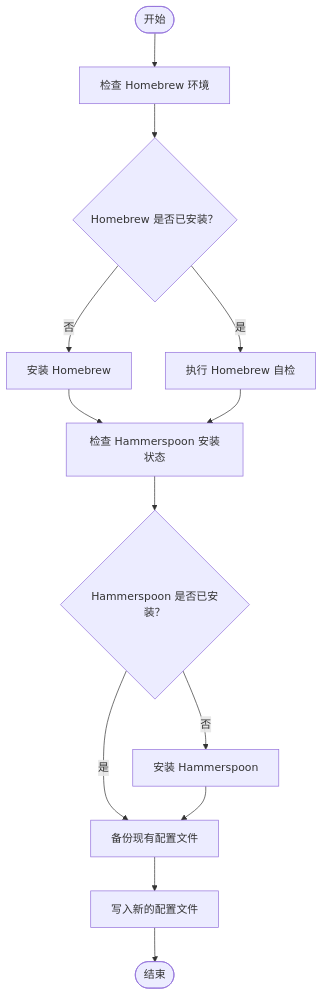
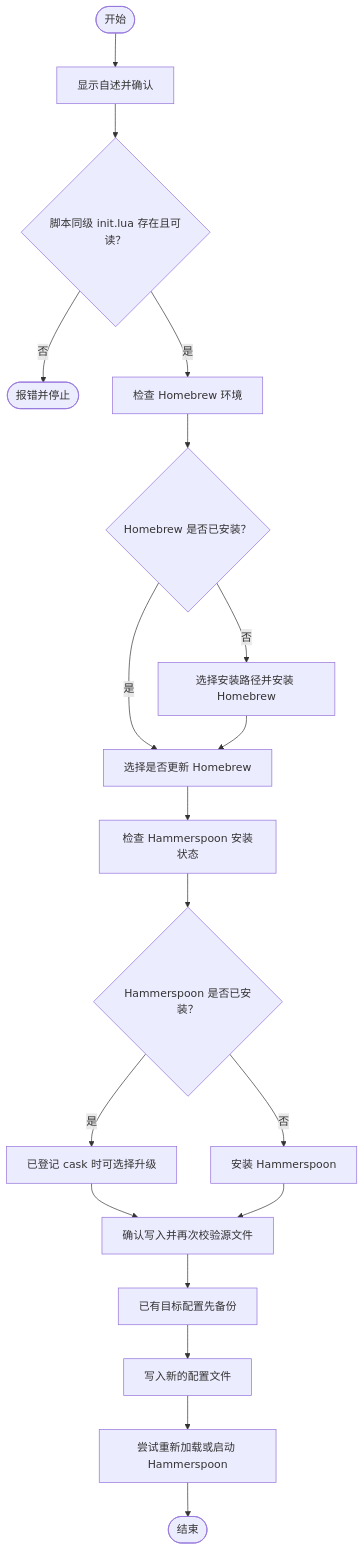
Before and after one commit to JobsKits/JobsConfigHotKeyByHammerspoon: the diagram in README.md, drawn with Mermaid. The commit also changed other lines of this file and 1 other file, not shown here.

Commit message:
no message

````diff
--- a/README.md
+++ b/README.md
@@ -27,15 +38,22 @@
 ```mermaid
 graph TD
-    A([开始]) --> B[检查 Homebrew 环境]
+    A([开始]) --> A1[显示自述并确认]
+    A1 --> A2{脚本同级 init.lua 存在且可读？}
+    A2 --> |否| X([报错并停止])
+    A2 --> |是| B[检查 Homebrew 环境]
     B --> C{Homebrew 是否已安装？}
-    C --> |是| D[执行 Homebrew 自检]
-    C --> |否| E[安装 Homebrew]
-    E --> F[检查 Hammerspoon 安装状态]
+    C --> |是| D[选择是否更新 Homebrew]
+    C --> |否| E[选择安装路径并安装 Homebrew]
+    E --> D
     D --> F
+    F[检查 Hammerspoon 安装状态]
     F --> G{Hammerspoon 是否已安装？}
-    G --> |是| H[备份现有配置文件]
+    G --> |是| G1[已登记 cask 时可选择升级]
     G --> |否| I[安装 Hammerspoon]
-    I --> H
+    G1 --> H0[确认写入并再次校验源文件]
+    I --> H0
+    H0 --> H[已有目标配置先备份]
     H --> J[写入新的配置文件]
-    J --> K([结束])
+    J --> R[尝试重新加载或启动 Hammerspoon]
+    R --> K([结束])
 ```
````
